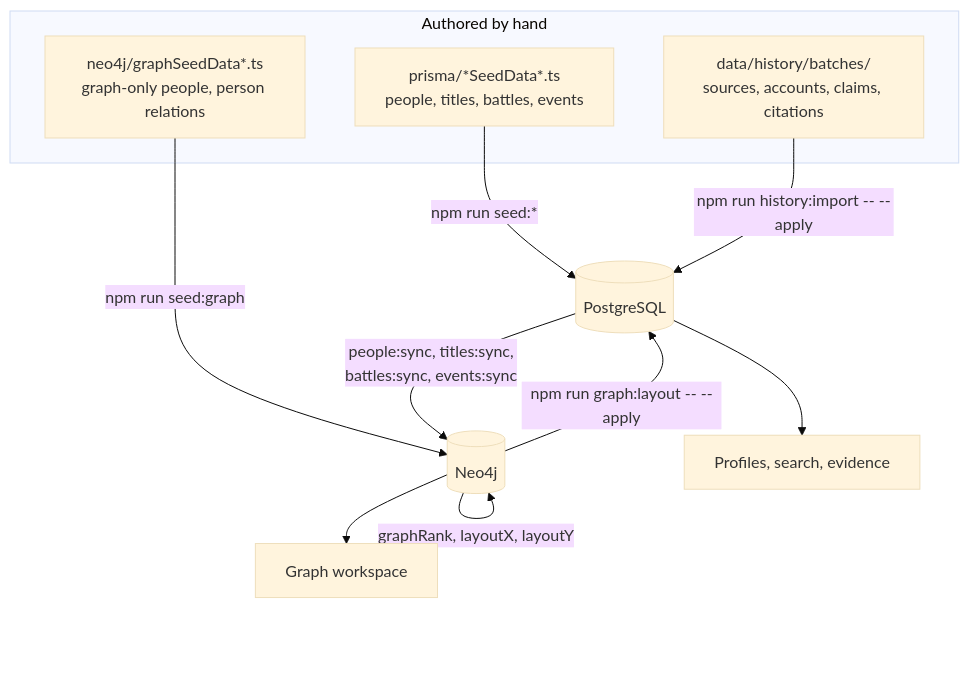
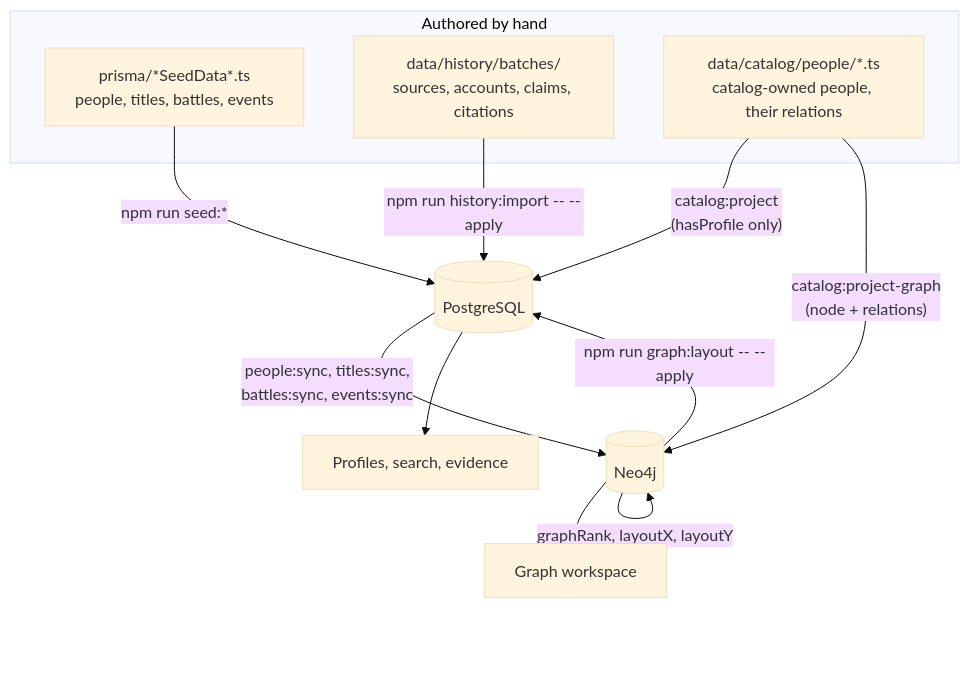
Before and after one commit to msskzx/namaq: the first of 2 diagrams in docs/data-pipelines.md, drawn with Mermaid (base theme). The commit also changed other lines of this file and 464 other files, not shown here.

````diff
--- a/docs/data-pipelines.md
+++ b/docs/data-pipelines.md
@@ -17,19 +25,20 @@
 ```mermaid
 flowchart TB
   subgraph authoring["Authored by hand"]
     seeds["prisma/*SeedData*.ts<br/>people, titles, battles, events"]
     batches["data/history/batches/<br/>sources, accounts, claims, citations"]
-    graphSeeds["neo4j/graphSeedData*.ts<br/>graph-only people, person relations"]
+    catalog["data/catalog/people/*.ts<br/>catalog-owned people, their relations"]
   end
 
   seeds -->|"npm run seed:*"| pg[("PostgreSQL")]
   batches -->|"npm run history:import -- --apply"| pg
-  graphSeeds -->|"npm run seed:graph"| neo
+  catalog -->|"catalog:project<br/>(hasProfile only)"| pg
+  catalog -->|"catalog:project-graph<br/>(node + relations)"| neo
 
   pg -->|"people:sync, titles:sync,<br/>battles:sync, events:sync"| neo[("Neo4j")]
   neo -->|"npm run graph:layout -- --apply"| pg
   neo -->|"graphRank, layoutX, layoutY"| neo
 
   pg --> app["Profiles, search, evidence"]
   neo --> workspace["Graph workspace"]
 ```
````
